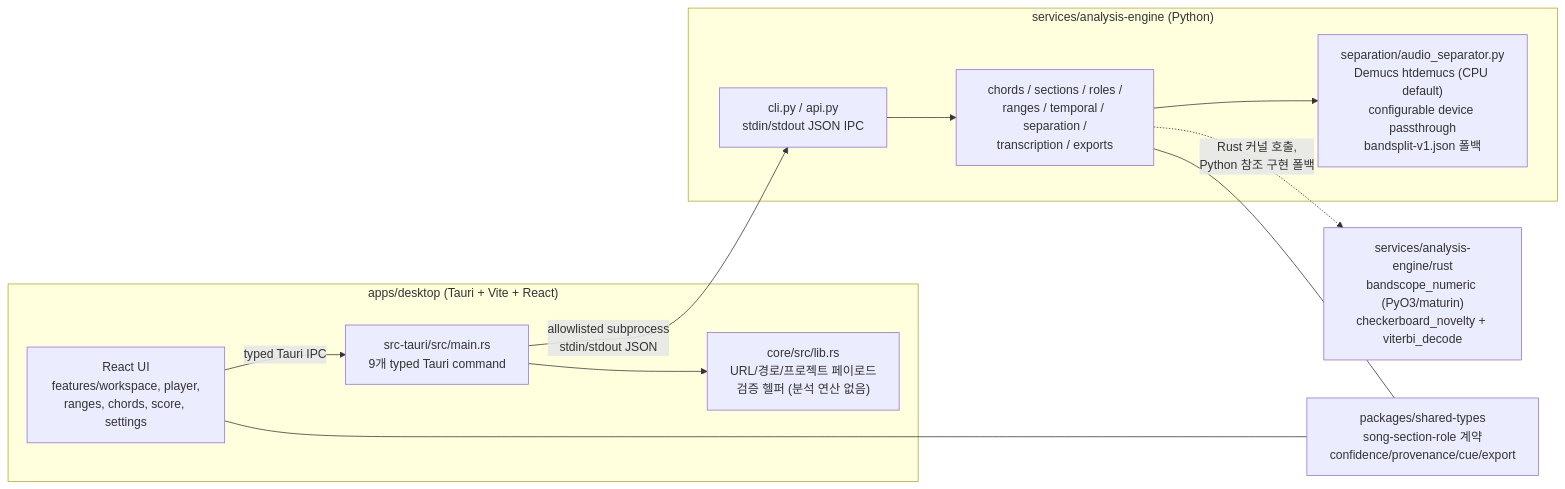
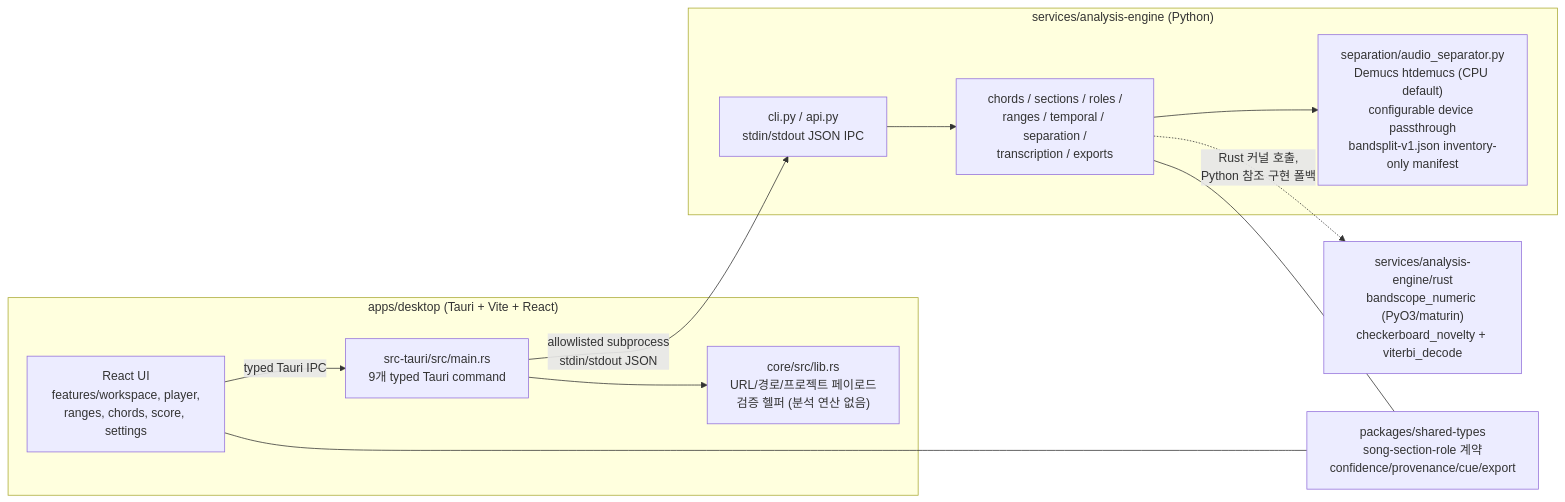
One commit to ContextualWisdomLab/bandscope changed the first of 3 diagrams in docs/product-technical-gap-baseline.md. Above: the diagram before and after it, drawn with Mermaid. The commit also changed other lines of this file, not shown here.

Commit message:
docs(gap): distinguish inventory from runtime fallback

````diff
--- a/docs/product-technical-gap-baseline.md
+++ b/docs/product-technical-gap-baseline.md
@@ -30,24 +30,24 @@
 ```mermaid
 flowchart LR
     subgraph Desktop["apps/desktop (Tauri + Vite + React)"]
         UI["React UI<br/>features/workspace, player,<br/>ranges, chords, score, settings"]
         Shell["src-tauri/src/main.rs<br/>9개 typed Tauri command"]
         Core["core/src/lib.rs<br/>URL/경로/프로젝트 페이로드<br/>검증 헬퍼 (분석 연산 없음)"]
     end
     subgraph Engine["services/analysis-engine (Python)"]
         CLI["cli.py / api.py<br/>stdin/stdout JSON IPC"]
         Mods["chords / sections / roles /<br/>ranges / temporal / separation /<br/>transcription / exports"]
-        Sep["separation/audio_separator.py<br/>Demucs htdemucs (CPU default)<br/>configurable device passthrough<br/>bandsplit-v1.json 폴백"]
+        Sep["separation/audio_separator.py<br/>Demucs htdemucs (CPU default)<br/>configurable device passthrough<br/>bandsplit-v1.json inventory-only manifest"]
     end
     Rust["services/analysis-engine/rust<br/>bandscope_numeric (PyO3/maturin)<br/>checkerboard_novelty + viterbi_decode"]
     Types["packages/shared-types<br/>song-section-role 계약<br/>confidence/provenance/cue/export"]
 
     UI -- "typed Tauri IPC" --> Shell
     Shell --> Core
     Shell -- "allowlisted subprocess<br/>stdin/stdout JSON" --> CLI
     CLI --> Mods
     Mods --> Sep
     Mods -. "Rust 커널 호출,<br/>Python 참조 구현 폴백" .-> Rust
     UI --- Types
     Mods --- Types
 ```
````
